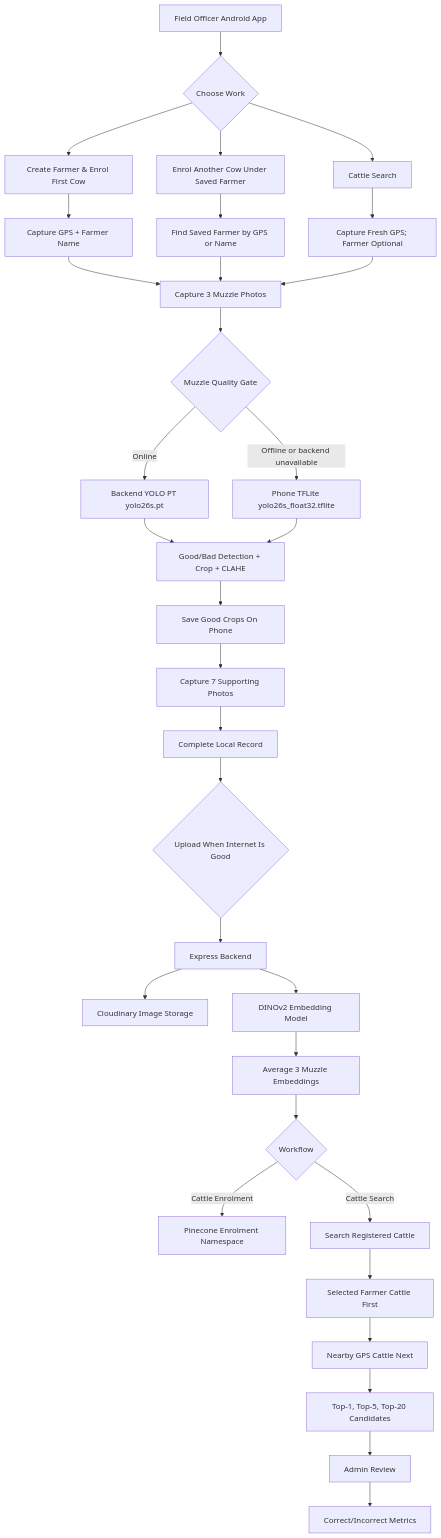
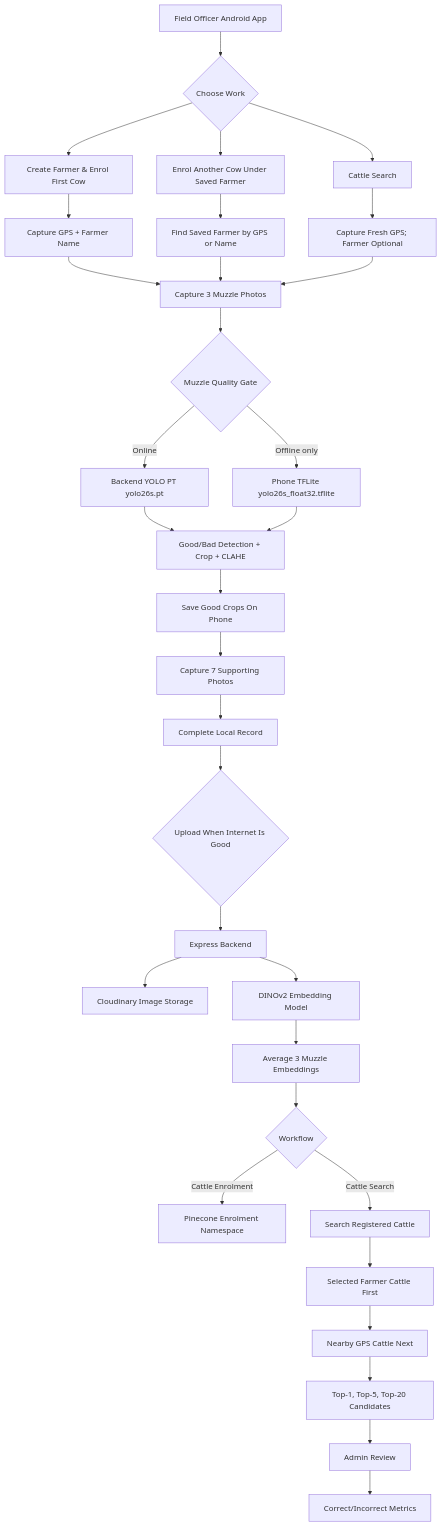
Before and after one commit to karthi251104/vacapay_muzzle-: the diagram in docs/APP_ARCHITECTURE_AND_METRICS.md, drawn with Mermaid. The commit also changed other lines of this file and 6 other files, not shown here.

Commit message:
Use backend YOLO online and TFLite offline

````diff
--- a/docs/APP_ARCHITECTURE_AND_METRICS.md
+++ b/docs/APP_ARCHITECTURE_AND_METRICS.md
@@ -36,40 +36,40 @@
 ```mermaid
 flowchart TD
     A["Field Officer Android App"] --> B{"Choose Work"}
     B --> C["Create Farmer & Enrol First Cow"]
     B --> D["Enrol Another Cow Under Saved Farmer"]
     B --> E["Cattle Search"]
 
     C --> F["Capture GPS + Farmer Name"]
     D --> G["Find Saved Farmer by GPS or Name"]
     E --> H["Capture Fresh GPS; Farmer Optional"]
 
     F --> I["Capture 3 Muzzle Photos"]
     G --> I
     H --> I
 
     I --> J{"Muzzle Quality Gate"}
     J -->|"Online"| K["Backend YOLO PT yolo26s.pt"]
-    J -->|"Offline or backend unavailable"| L["Phone TFLite yolo26s_float32.tflite"]
+    J -->|"Offline only"| L["Phone TFLite yolo26s_float32.tflite"]
     K --> M["Good/Bad Detection + Crop + CLAHE"]
     L --> M
     M --> N["Save Good Crops On Phone"]
 
     N --> O["Capture 7 Supporting Photos"]
     O --> P["Complete Local Record"]
     P --> Q{"Upload When Internet Is Good"}
 
     Q --> R["Express Backend"]
     R --> S["Cloudinary Image Storage"]
     R --> T["DINOv2 Embedding Model"]
     T --> U["Average 3 Muzzle Embeddings"]
     U --> V{"Workflow"}
 
     V -->|"Cattle Enrolment"| W["Pinecone Enrolment Namespace"]
     V -->|"Cattle Search"| X["Search Registered Cattle"]
     X --> Y["Selected Farmer Cattle First"]
     Y --> Z["Nearby GPS Cattle Next"]
     Z --> AA["Top-1, Top-5, Top-20 Candidates"]
     AA --> AB["Admin Review"]
     AB --> AC["Correct/Incorrect Metrics"]
 ```
````
